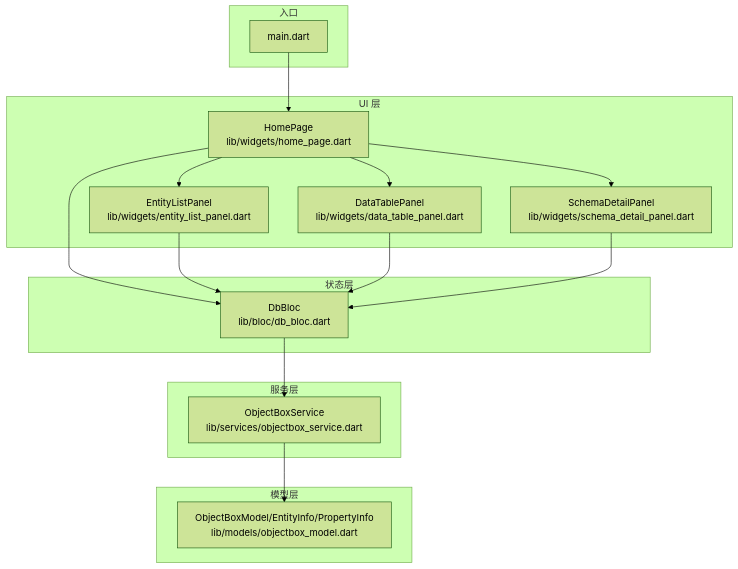
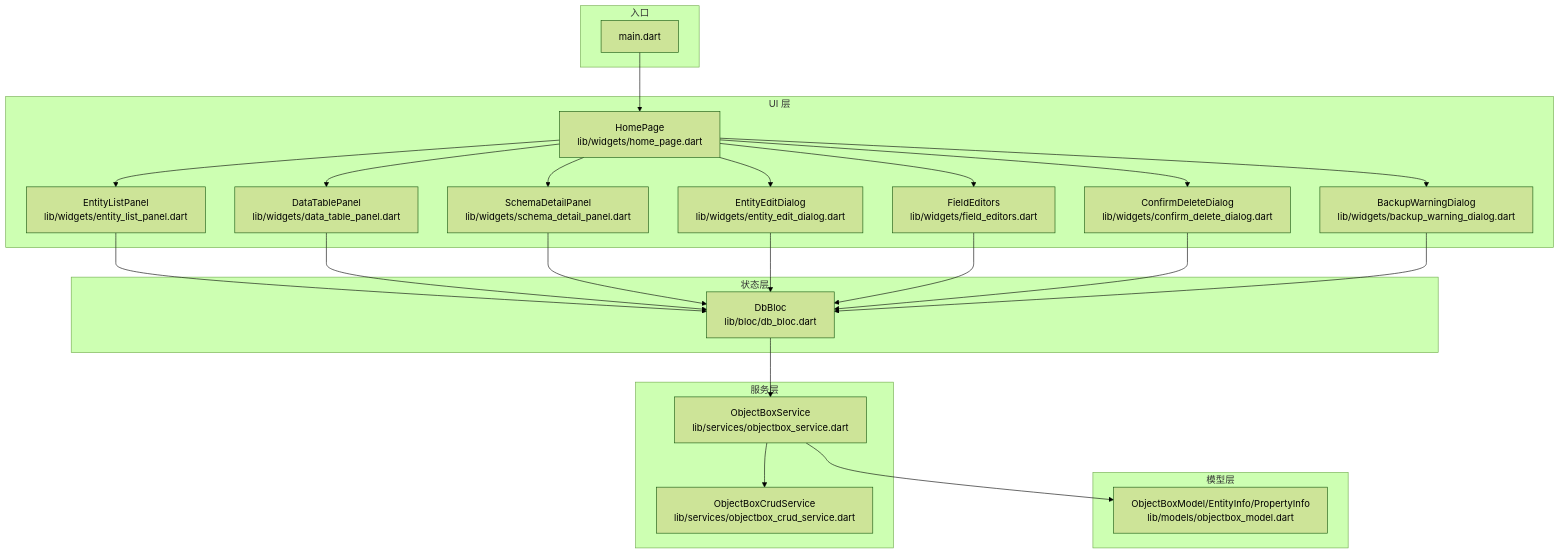
The first of 10 diagrams in .qoder/repowiki/zh/content/核心功能/实体管理.md (kongpf8848/objectbox_viewer), drawn with Mermaid (forest theme) before and after one commit. The commit also changed other lines of this file and 19 other files, not shown here.

````diff
--- a/.qoder/repowiki/zh/content/核心功能/实体管理.md
+++ b/.qoder/repowiki/zh/content/核心功能/实体管理.md
@@ -48,31 +67,44 @@
 ```mermaid
 graph TB
 subgraph "UI 层"
 Home["HomePage<br/>lib/widgets/home_page.dart"]
 EntityList["EntityListPanel<br/>lib/widgets/entity_list_panel.dart"]
 DataTable["DataTablePanel<br/>lib/widgets/data_table_panel.dart"]
 SchemaDetail["SchemaDetailPanel<br/>lib/widgets/schema_detail_panel.dart"]
+EditDialog["EntityEditDialog<br/>lib/widgets/entity_edit_dialog.dart"]
+FieldEditors["FieldEditors<br/>lib/widgets/field_editors.dart"]
+ConfirmDelete["ConfirmDeleteDialog<br/>lib/widgets/confirm_delete_dialog.dart"]
+BackupWarning["BackupWarningDialog<br/>lib/widgets/backup_warning_dialog.dart"]
 end
 subgraph "状态层"
 Bloc["DbBloc<br/>lib/bloc/db_bloc.dart"]
 end
 subgraph "服务层"
 Service["ObjectBoxService<br/>lib/services/objectbox_service.dart"]
+CRUDService["ObjectBoxCrudService<br/>lib/services/objectbox_crud_service.dart"]
 end
 subgraph "模型层"
 Model["ObjectBoxModel/EntityInfo/PropertyInfo<br/>lib/models/objectbox_model.dart"]
 end
 subgraph "入口"
 Main["main.dart"]
 end
 Main --> Home
 Home --> EntityList
 Home --> DataTable
 Home --> SchemaDetail
-Home --> Bloc
+Home --> EditDialog
+Home --> FieldEditors
+Home --> ConfirmDelete
+Home --> BackupWarning
 EntityList --> Bloc
 DataTable --> Bloc
 SchemaDetail --> Bloc
+EditDialog --> Bloc
+FieldEditors --> Bloc
+ConfirmDelete --> Bloc
+BackupWarning --> Bloc
 Bloc --> Service
 Service --> Model
+Service --> CRUDService
 ```
````
